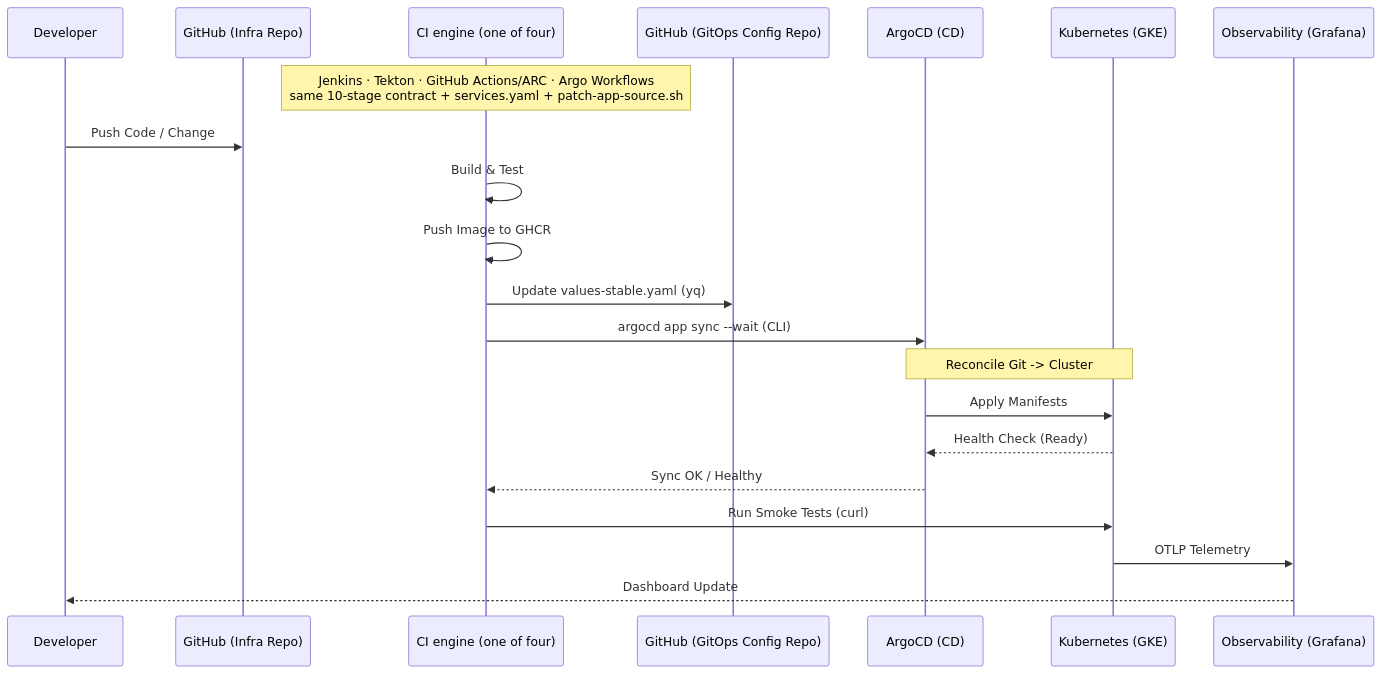
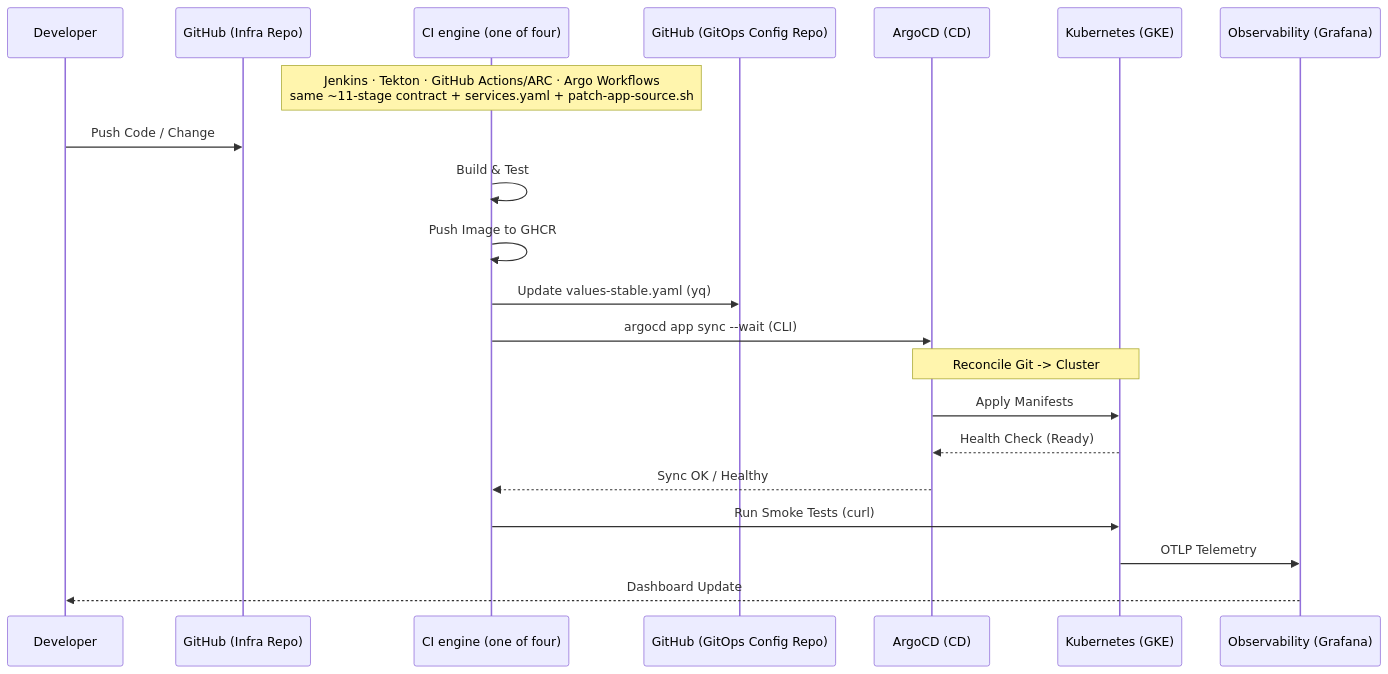
The fifth of 11 diagrams in docs/201-ARCHITECTURE.md (nubenetes/jenkins-2026), drawn with Mermaid before and after one commit. The commit also changed other lines of this file and 14 other files, not shown here.

First line of the commit message:
docs(diagrams): repo-wide mermaid audit — fix 14 rendering defects + flagship improvements

````diff
--- a/docs/201-ARCHITECTURE.md
+++ b/docs/201-ARCHITECTURE.md
@@ -423,24 +430,24 @@
 ```mermaid
 sequenceDiagram
     participant Dev as Developer
     participant GH_Infra as GitHub (Infra Repo)
     participant J as CI engine (one of four)
     participant GH_GitOps as GitHub (GitOps Config Repo)
     participant ACD as ArgoCD (CD)
     participant K8s as Kubernetes (GKE)
     participant Obs as Observability (Grafana)
 
-    Note over J: Jenkins · Tekton · GitHub Actions/ARC · Argo Workflows<br/>same 10-stage contract + services.yaml + patch-app-source.sh
+    Note over J: Jenkins · Tekton · GitHub Actions/ARC · Argo Workflows<br/>same ~11-stage contract + services.yaml + patch-app-source.sh
     Dev->>GH_Infra: Push Code / Change
     J->>J: Build & Test
     J->>J: Push Image to GHCR
     J->>GH_GitOps: Update values-stable.yaml (yq)
     J->>ACD: argocd app sync --wait (CLI)
     Note over ACD,K8s: Reconcile Git -> Cluster
     ACD->>K8s: Apply Manifests
     K8s-->>ACD: Health Check (Ready)
     ACD-->>J: Sync OK / Healthy
     J->>K8s: Run Smoke Tests (curl)
     K8s->>Obs: OTLP Telemetry
     Obs-->>Dev: Dashboard Update
 ```
````
